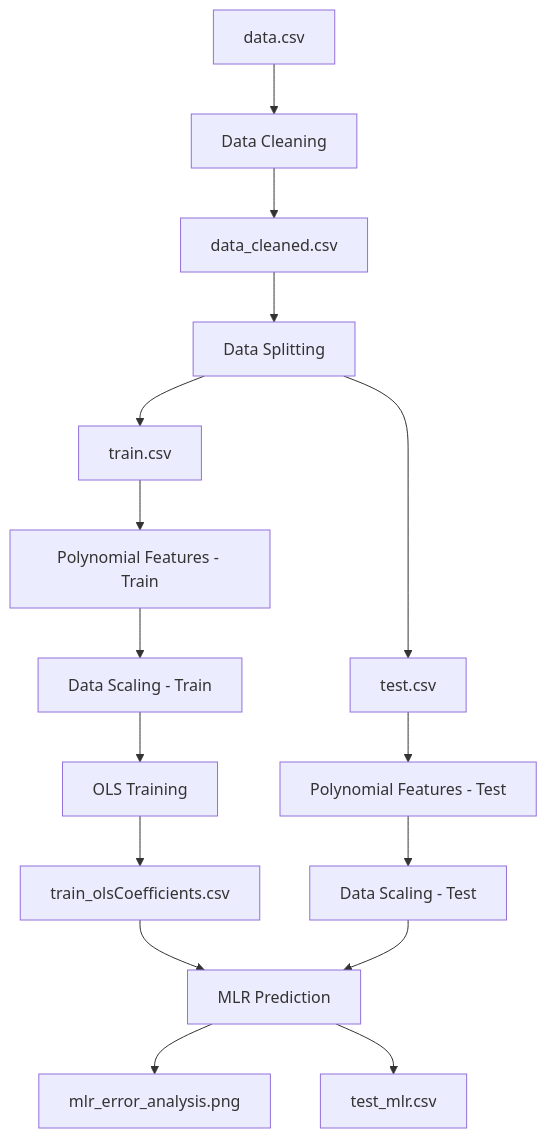
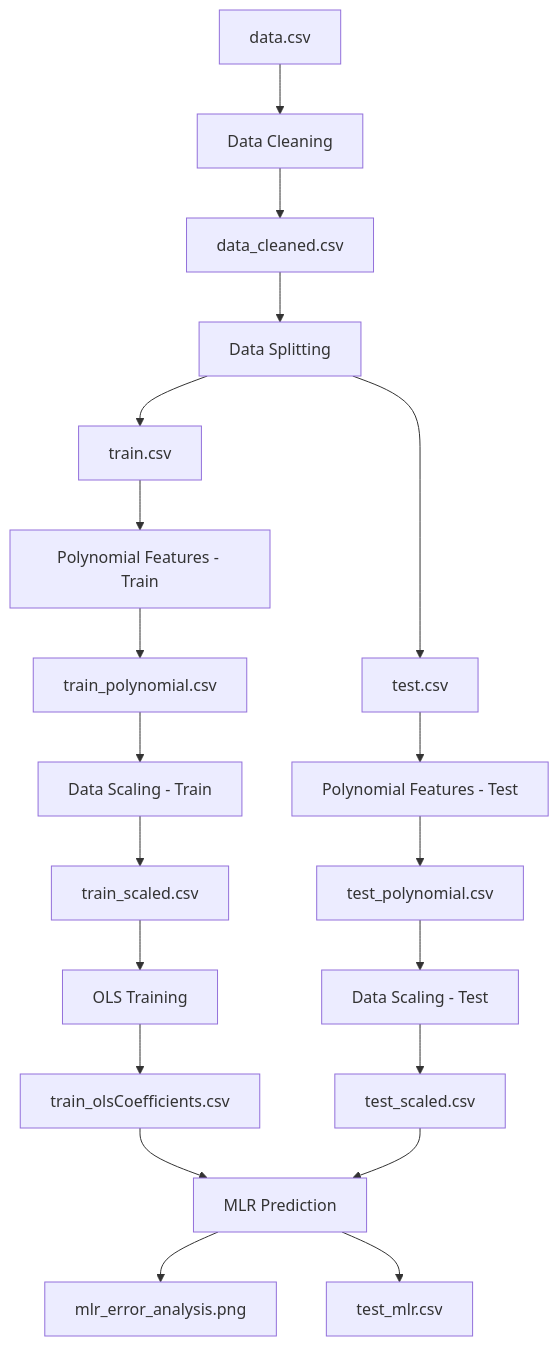
The diagram in README.md (AmeliaOchaM/mlr-ols-prediction), drawn with Mermaid before and after one commit. The commit also changed other lines of this file and 1 other file, not shown here.

````diff
--- a/README.md
+++ b/README.md
@@ -18,18 +18,22 @@
 ```mermaid
 graph TD
     A[data.csv] --> B[Data Cleaning]
     B --> C[data_cleaned.csv]
     C --> D[Data Splitting]
     D --> E[train.csv]
     D --> F[test.csv]
     E --> G[Polynomial Features - Train]
     F --> H[Polynomial Features - Test]
-    G --> I[Data Scaling - Train]
-    H --> J[Data Scaling - Test]
-    I --> K[OLS Training]
-    K --> L[train_olsCoefficients.csv]
-    L --> M[MLR Prediction]
-    J --> M
-    M --> N[mlr_error_analysis.png]
-    M --> O[test_mlr.csv]
+    G --> I[train_polynomial.csv]
+    H --> J[test_polynomial.csv]
+    I --> K[Data Scaling - Train]
+    J --> L[Data Scaling - Test]
+    K --> M[train_scaled.csv]
+    L --> N[test_scaled.csv]
+    M --> O[OLS Training]
+    O --> P[train_olsCoefficients.csv]
+    P --> Q[MLR Prediction]
+    N --> Q
+    Q --> R[mlr_error_analysis.png]
+    Q --> S[test_mlr.csv]
 ```
````
